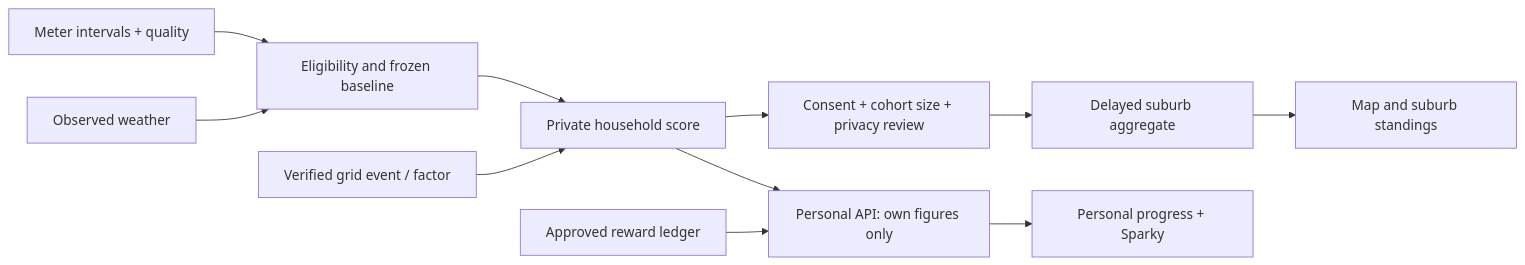
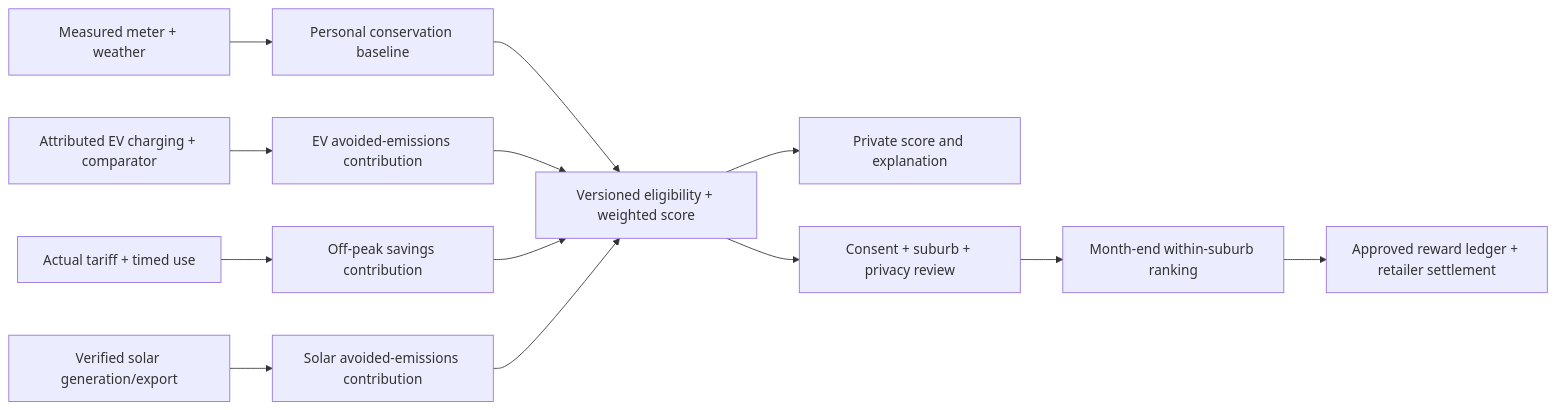
One commit to SagarNautiyalGetIt/kea-home-energy-advisor-ai-agent changed the diagram in docs/design/suburb-power-clash.md. Above: the diagram before and after it, drawn with Mermaid. The commit also changed other lines of this file, not shown here.

Commit message:
docs(clash): focus monthly ranking within suburbs

````diff
--- a/docs/design/suburb-power-clash.md
+++ b/docs/design/suburb-power-clash.md
@@ -11,13 +11,15 @@
 ```mermaid
 flowchart LR
-  A[Meter intervals + quality] --> B[Eligibility and frozen baseline]
-  W[Observed weather] --> B
-  B --> C[Private household score]
-  G[Verified grid event / factor] --> C
-  C --> P[Personal API: own figures only]
-  C --> K[Consent + cohort size + privacy review]
-  K --> S[Delayed suburb aggregate]
-  S --> M[Map and suburb standings]
-  P --> U[Personal progress + Sparky]
-  R[Approved reward ledger] --> P
+  A[Measured meter + weather] --> B[Personal conservation baseline]
+  E[Attributed EV charging + comparator] --> C[EV avoided-emissions contribution]
+  T[Actual tariff + timed use] --> D[Off-peak savings contribution]
+  S[Verified solar generation/export] --> F[Solar avoided-emissions contribution]
+  B --> Q[Versioned eligibility + weighted score]
+  C --> Q
+  D --> Q
+  F --> Q
+  Q --> P[Private score and explanation]
+  Q --> K[Consent + suburb + privacy review]
+  K --> L[Month-end within-suburb ranking]
+  L --> R[Approved reward ledger + retailer settlement]
 ```
````
